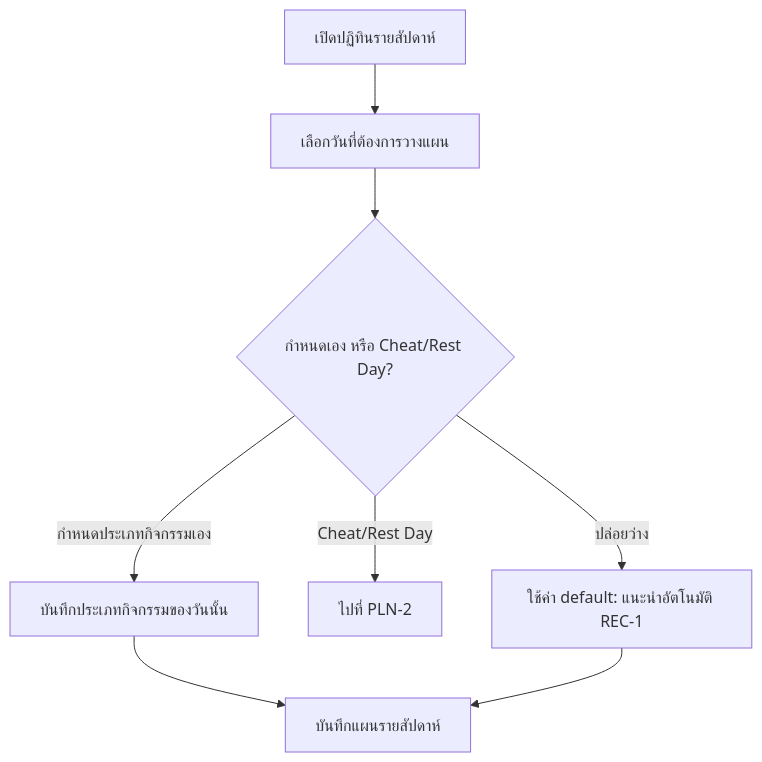
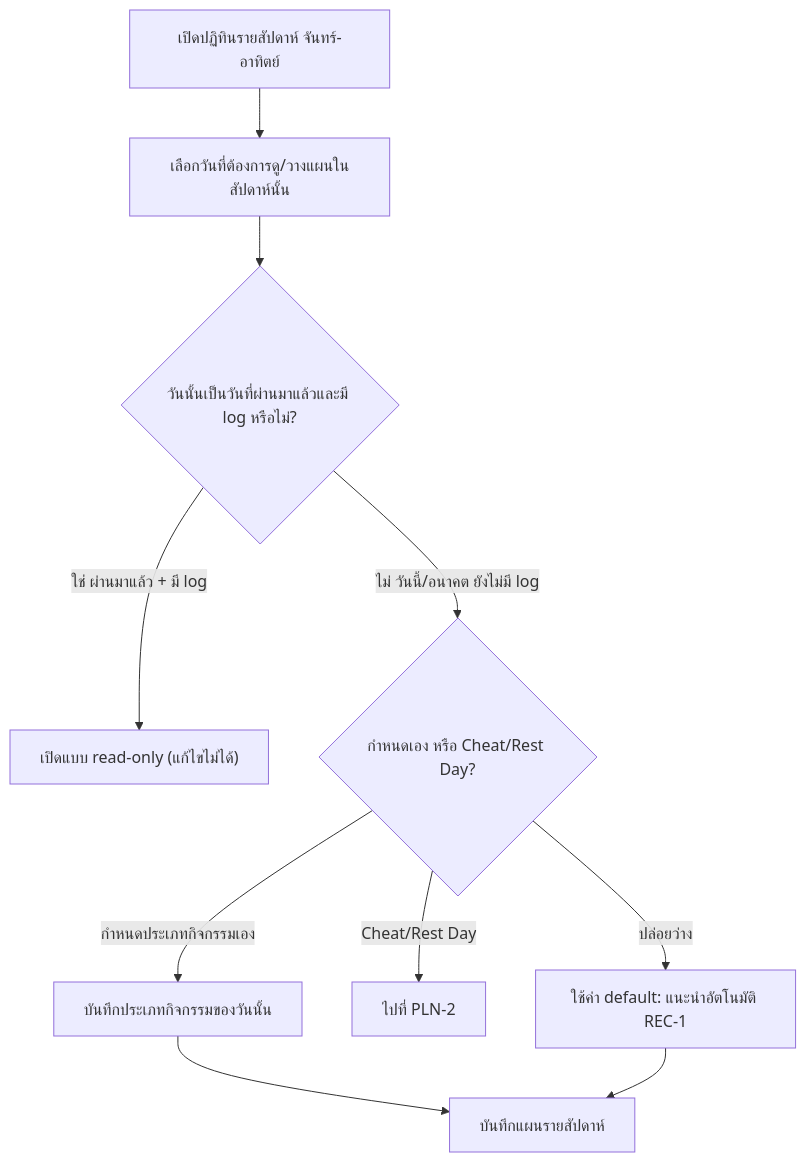
The eighth of 14 diagrams in docs/02-design/01-prototypes/user-journeys.md (Kikofah/smartFit_daily), drawn with Mermaid before and after one commit. The commit also changed other lines of this file and 12 other files, not shown here.

````diff
--- a/docs/02-design/01-prototypes/user-journeys.md
+++ b/docs/02-design/01-prototypes/user-journeys.md
@@ -262,10 +273,12 @@
 ```mermaid
 flowchart TD
-    A[เปิดปฏิทินรายสัปดาห์] --> B[เลือกวันที่ต้องการวางแผน]
-    B --> C{กำหนดเอง หรือ Cheat/Rest Day?}
-    C -- กำหนดประเภทกิจกรรมเอง --> D[บันทึกประเภทกิจกรรมของวันนั้น]
-    C -- Cheat/Rest Day --> E[ไปที่ PLN-2]
-    C -- ปล่อยว่าง --> F[ใช้ค่า default: แนะนำอัตโนมัติ REC-1]
+    A[เปิดปฏิทินรายสัปดาห์ จันทร์-อาทิตย์] --> B[เลือกวันที่ต้องการดู/วางแผนในสัปดาห์นั้น]
+    B --> C{วันนั้นเป็นวันที่ผ่านมาแล้วและมี log หรือไม่?}
+    C -- ใช่ ผ่านมาแล้ว + มี log --> H["เปิดแบบ read-only (แก้ไขไม่ได้)"]
+    C -- ไม่ วันนี้/อนาคต ยังไม่มี log --> D2{กำหนดเอง หรือ Cheat/Rest Day?}
+    D2 -- กำหนดประเภทกิจกรรมเอง --> D[บันทึกประเภทกิจกรรมของวันนั้น]
+    D2 -- Cheat/Rest Day --> E[ไปที่ PLN-2]
+    D2 -- ปล่อยว่าง --> F[ใช้ค่า default: แนะนำอัตโนมัติ REC-1]
     D --> G[บันทึกแผนรายสัปดาห์]
     F --> G
 ```
````
